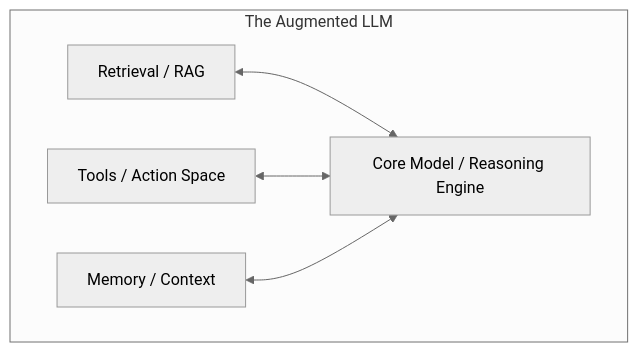
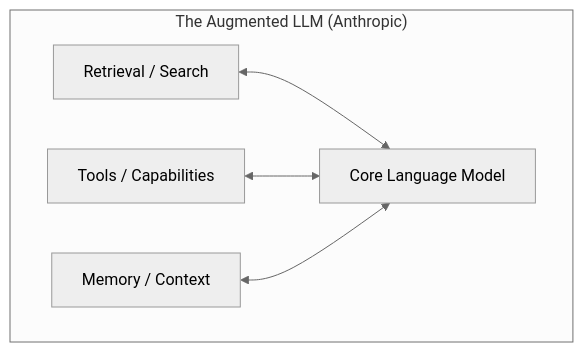
One commit to sivaskm/agentic-ai-engineering changed the second of 14 diagrams in module-01-agentic-ai-foundations/content/01-from-generative-ai-to-agentic-control-loops.md. Above: the diagram before and after it, drawn with Mermaid (neutral theme). The commit also changed other lines of this file and 8 other files, not shown here.

````diff
--- a/module-01-agentic-ai-foundations/content/01-from-generative-ai-to-agentic-control-loops.md
+++ b/module-01-agentic-ai-foundations/content/01-from-generative-ai-to-agentic-control-loops.md
@@ -110,9 +126,9 @@
 ```mermaid
 flowchart TD
-    subgraph AugmentedLLM ["The Augmented LLM"]
-        LLM[Core Model / Reasoning Engine]
-        R[Retrieval / RAG] <--> LLM
-        T[Tools / Action Space] <--> LLM
+    subgraph AugmentedLLM ["The Augmented LLM (Anthropic)"]
+        LLM[Core Language Model]
+        R[Retrieval / Search] <--> LLM
+        T[Tools / Capabilities] <--> LLM
         M[Memory / Context] <--> LLM
     end
 ```
````
